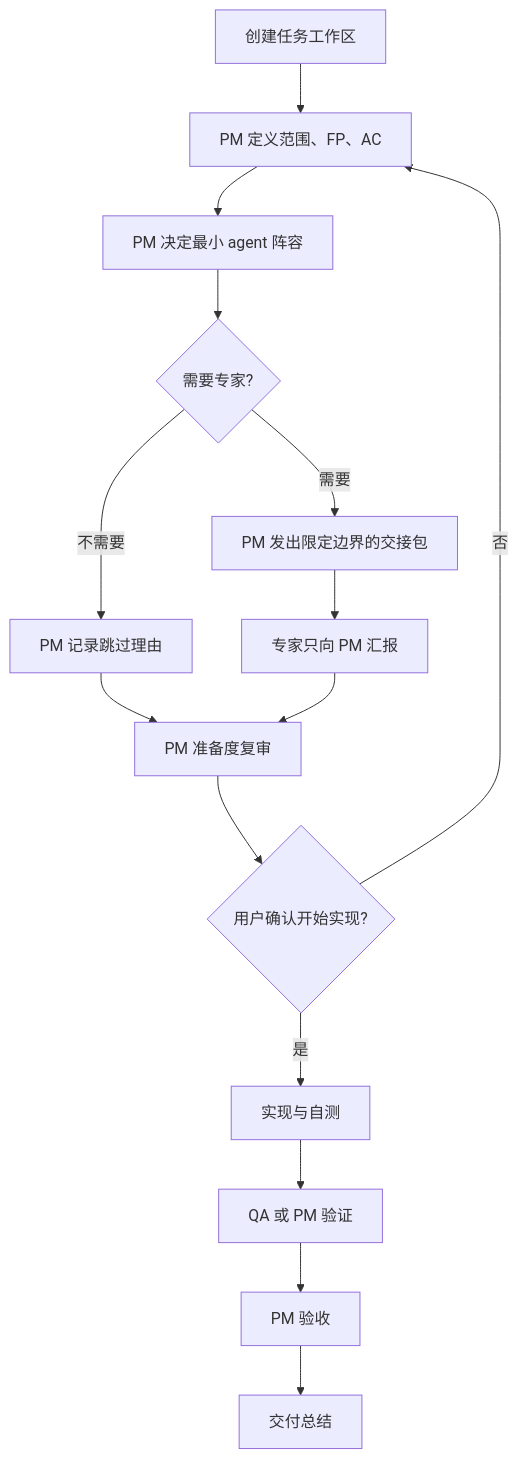
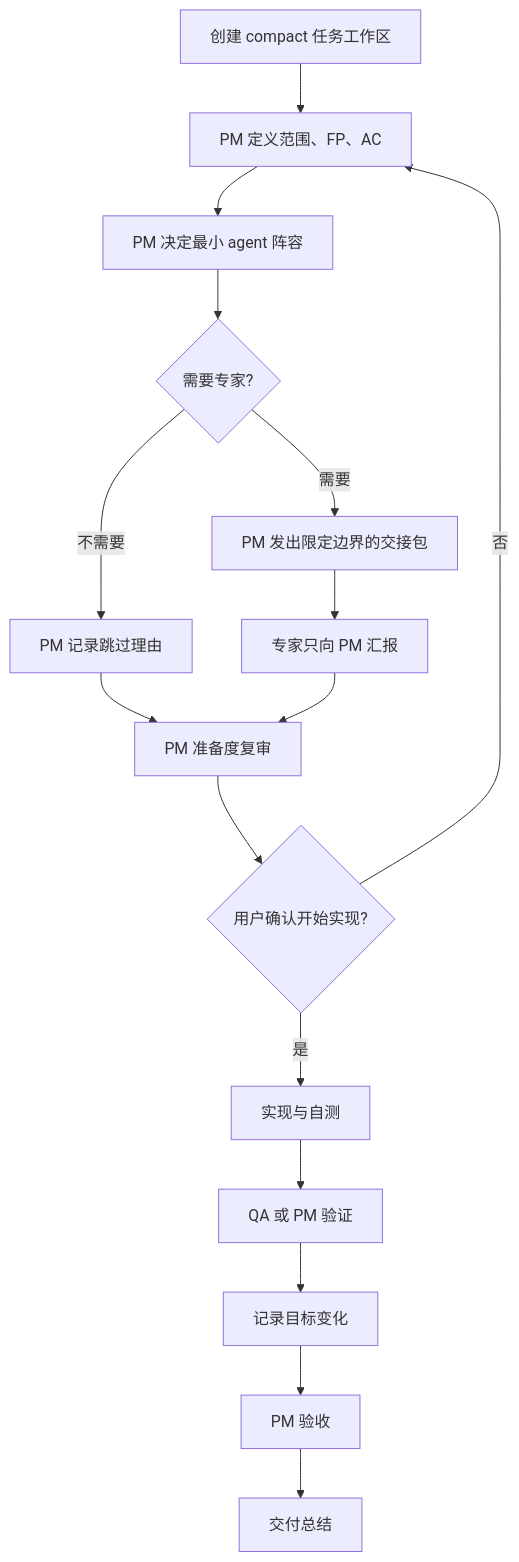
One commit to siyrs/dev-baseline changed the second of 4 diagrams in README_CN.md. Above: the diagram before and after it, drawn with Mermaid. The commit also changed other lines of this file, not shown here.

Commit message:
docs: update Chinese README compact task docs

````diff
--- a/README_CN.md
+++ b/README_CN.md
@@ -53,17 +53,18 @@
 ```mermaid
 flowchart TD
-  A[创建任务工作区] --> B[PM 定义范围、FP、AC]
+  A[创建 compact 任务工作区] --> B[PM 定义范围、FP、AC]
   B --> C[PM 决定最小 agent 阵容]
   C --> D{需要专家?}
   D -->|需要| E[PM 发出限定边界的交接包]
   D -->|不需要| F[PM 记录跳过理由]
   E --> G[专家只向 PM 汇报]
   F --> H[PM 准备度复审]
   G --> H
   H --> I{用户确认开始实现?}
   I -->|否| B
   I -->|是| J[实现与自测]
   J --> K[QA 或 PM 验证]
-  K --> L[PM 验收]
-  L --> M[交付总结]
+  K --> L[记录目标变化]
+  L --> M[PM 验收]
+  M --> N[交付总结]
 ```
````
